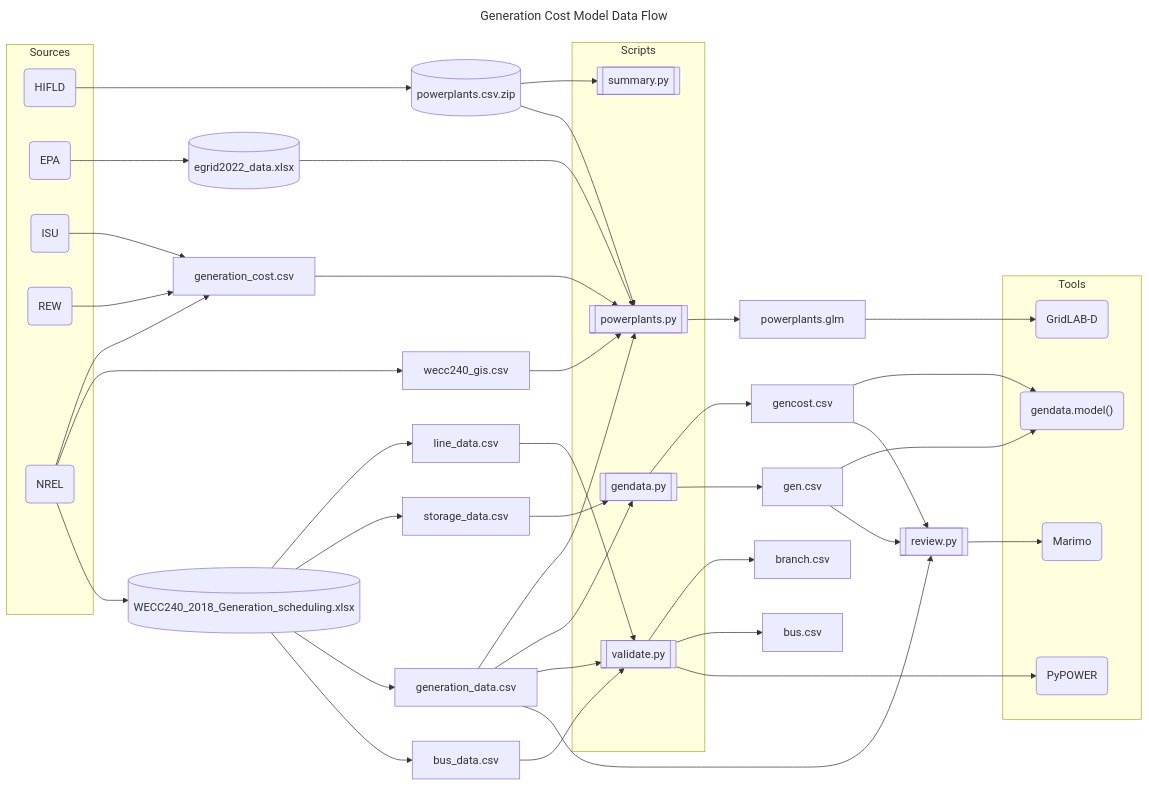
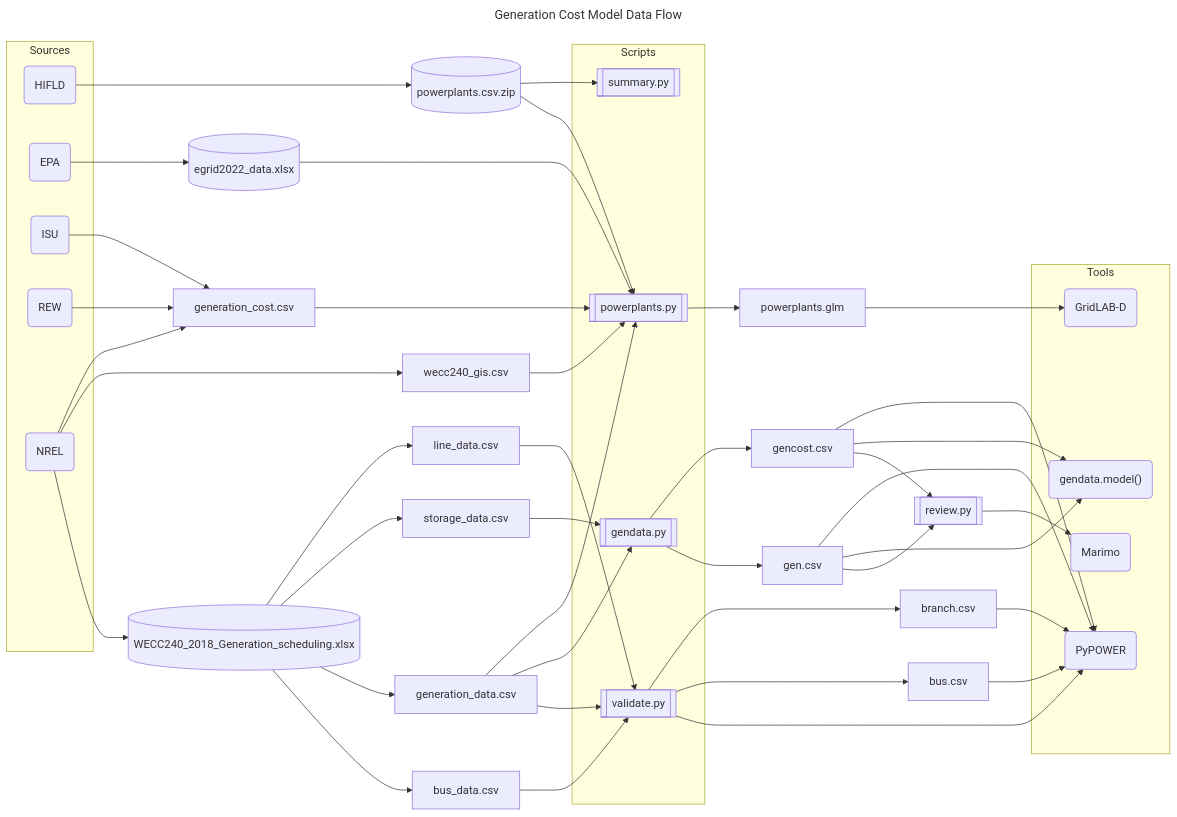
One commit to slacgismo/regrow changed the diagram in generation_modeling/README.md. Above: the diagram before and after it, drawn with Mermaid.

````diff
--- a/generation_modeling/README.md
+++ b/generation_modeling/README.md
@@ -64,69 +64,72 @@
 ```mermaid
 ---
 title: Generation Cost Model Data Flow
 ---
 flowchart LR
     bus_data.csv --> validate.py
     gendata.py --> gen.csv
     gendata.py --> gencost.csv
     gen.csv --> review.py
     gen.csv --> gendata.model
     gencost.csv --> review.py
     gencost.csv --> gendata.model
     generation_cost.csv --> powerplants.py
-    generation_data.csv --> review.py
     generation_data.csv --> validate.py
     generation_data.csv --> gendata.py
     generation_data.csv --> powerplants.py
     powerplants.csv.zip --> powerplants.py
     powerplants.csv.zip --> summary.py
     powerplants.py --> powerplants.glm
     storage_data.csv --> gendata.py
     WECC240_2018_Generation_scheduling.xlsx --> bus_data.csv
     WECC240_2018_Generation_scheduling.xlsx --> generation_data.csv
     WECC240_2018_Generation_scheduling.xlsx --> storage_data.csv
     WECC240_2018_Generation_scheduling.xlsx --> line_data.csv
     egrid2022_data.xlsx --> powerplants.py
     wecc240_gis.csv --> powerplants.py
     HIFLD --> powerplants.csv.zip
     EPA --> egrid2022_data.xlsx
     ISU --> generation_cost.csv
     REW --> generation_cost.csv
     NREL --> WECC240_2018_Generation_scheduling.xlsx
     NREL --> wecc240_gis.csv
     NREL --> generation_cost.csv
     line_data.csv --> validate.py
     validate.py --> pypower
     validate.py --> bus.csv
     validate.py --> branch.csv
     powerplants.glm --> gridlabd
     review.py --> marimo
+    bus.csv --> pypower
+    branch.csv --> pypower
+    gencost.csv --> pypower
+    gen.csv --> pypower
 
     gendata.py[[gendata.py]]
     review.py[[review.py]]
     powerplants.py[[powerplants.py]]
     validate.py[[validate.py]]
     summary.py[[summary.py]]
     WECC240_2018_Generation_scheduling.xlsx[(WECC240_2018_Generation_scheduling.xlsx)]
     egrid2022_data.xlsx[(egrid2022_data.xlsx)]
     powerplants.csv.zip[(powerplants.csv.zip)]
     subgraph Sources
         NREL(NREL)
         HIFLD(HIFLD)
         EPA(EPA)
         ISU(ISU)
         REW(REW)
     end
     subgraph Tools
         pypower(PyPOWER)
         gridlabd(GridLAB-D)
         gendata.model("gendata.model()")
         marimo(Marimo)
     end
     subgraph Scripts
         validate.py
         powerplants.py
         gendata.py
         summary.py
     end
 ```
````
